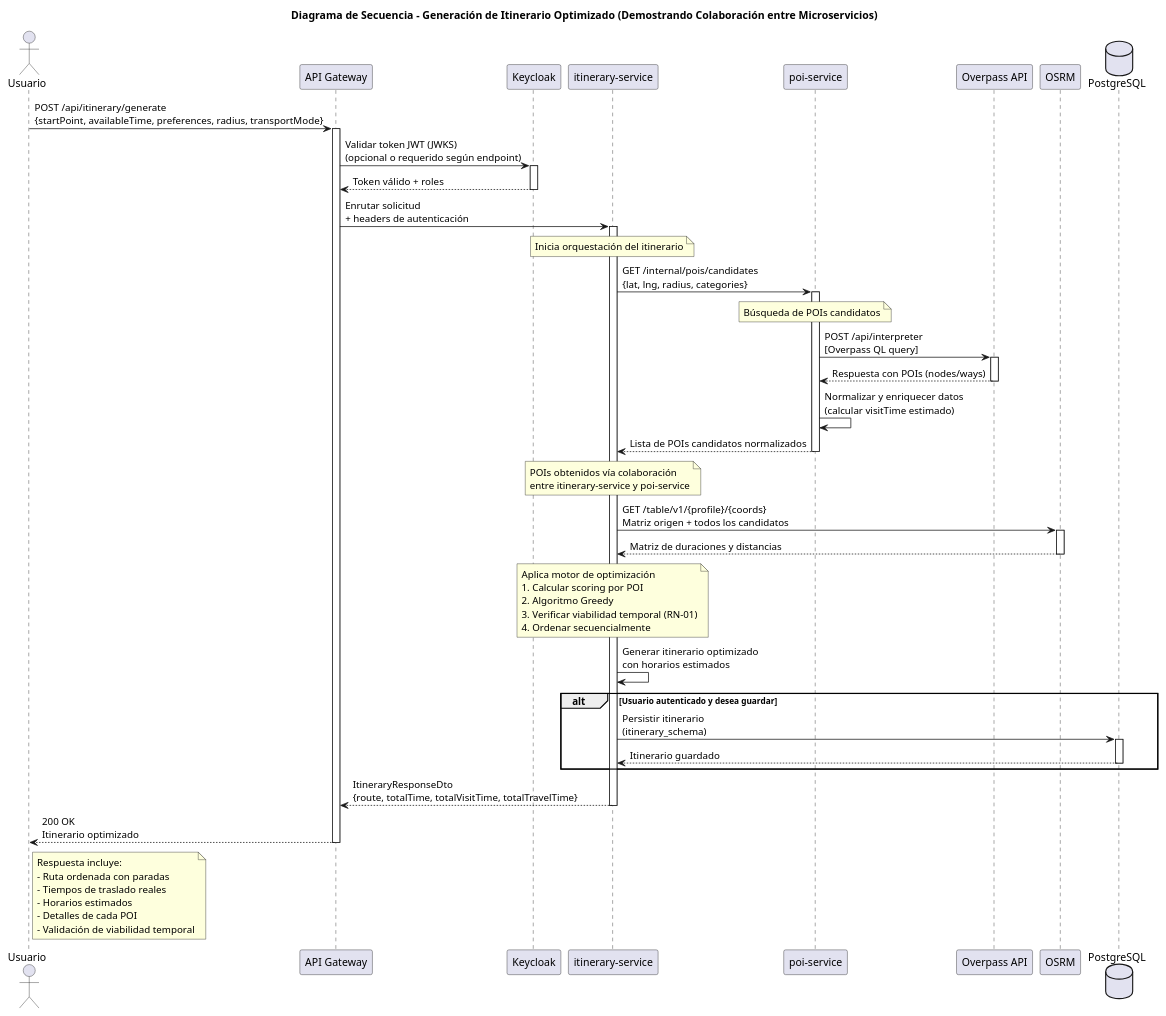
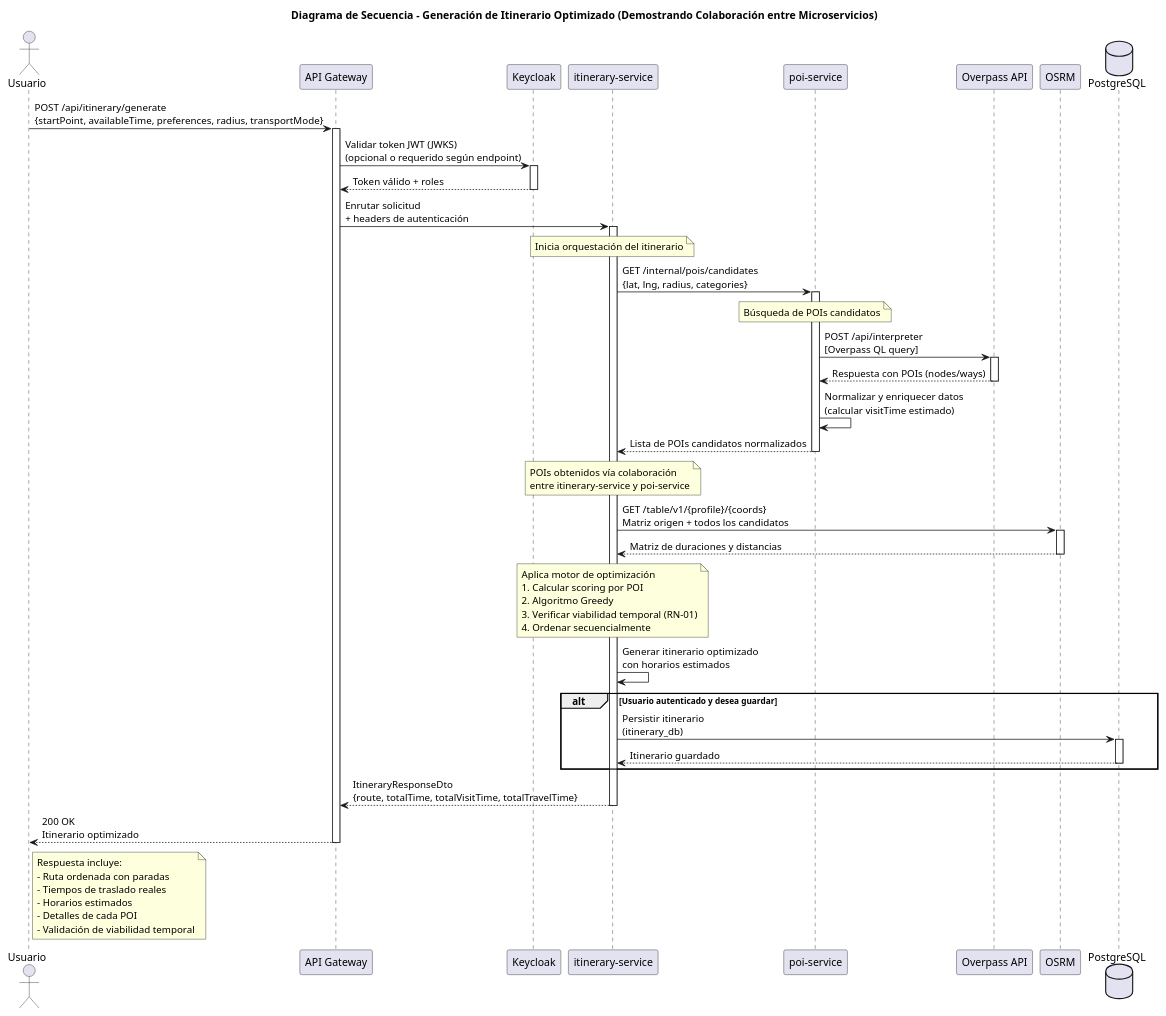
Before and after one commit to alanc-sys/Tusca: the diagram in docs/architecture/sequence-generate-itinerary.puml, drawn with PlantUML. The commit also changed 26 other files, not shown here.

```diff
--- a/docs/architecture/sequence-generate-itinerary.puml
+++ b/docs/architecture/sequence-generate-itinerary.puml
@@ -1,74 +1,74 @@
 @startuml Sequence_Generate_Itinerary
 title Diagrama de Secuencia - Generación de Itinerario Optimizado (Demostrando Colaboración entre Microservicios)
 
 actor "Usuario" as User
 participant "API Gateway" as Gateway
 participant "Keycloak" as KC
 participant "itinerary-service" as Itinerary
 participant "poi-service" as POI
 participant "Overpass API" as Overpass
 participant "OSRM" as OSRM
 database "PostgreSQL" as DB
 
 User -> Gateway: POST /api/itinerary/generate\n{startPoint, availableTime, preferences, radius, transportMode}
 activate Gateway
 
 Gateway -> KC: Validar token JWT (JWKS)\n(opcional o requerido según endpoint)
 activate KC
 KC --> Gateway: Token válido + roles
 deactivate KC
 
 Gateway -> Itinerary: Enrutar solicitud\n+ headers de autenticación
 activate Itinerary
 
 note over Itinerary: Inicia orquestación del itinerario
 
 Itinerary -> POI: GET /internal/pois/candidates\n{lat, lng, radius, categories}
 activate POI
 
 note over POI: Búsqueda de POIs candidatos
 
 POI -> Overpass: POST /api/interpreter\n[Overpass QL query]
 activate Overpass
 Overpass --> POI: Respuesta con POIs (nodes/ways)
 deactivate Overpass
 
 POI -> POI: Normalizar y enriquecer datos\n(calcular visitTime estimado)
 
 POI --> Itinerary: Lista de POIs candidatos normalizados
 deactivate POI
 
 note over Itinerary: POIs obtenidos vía colaboración\nentre itinerary-service y poi-service
 
 Itinerary -> OSRM: GET /table/v1/{profile}/{coords}\nMatriz origen + todos los candidatos
 activate OSRM
 OSRM --> Itinerary: Matriz de duraciones y distancias
 deactivate OSRM
 
 note over Itinerary: Aplica motor de optimización\n1. Calcular scoring por POI\n2. Algoritmo Greedy\n3. Verificar viabilidad temporal (RN-01)\n4. Ordenar secuencialmente
 
 Itinerary -> Itinerary: Generar itinerario optimizado\ncon horarios estimados
 
 alt Usuario autenticado y desea guardar
-  Itinerary -> DB: Persistir itinerario\n(itinerary_schema)
+  Itinerary -> DB: Persistir itinerario\n(itinerary_db)
   activate DB
   DB --> Itinerary: Itinerario guardado
   deactivate DB
 end
 
 Itinerary --> Gateway: ItineraryResponseDto\n{route, totalTime, totalVisitTime, totalTravelTime}
 deactivate Itinerary
 
 Gateway --> User: 200 OK\nItinerario optimizado
 deactivate Gateway
 
 note right of User
   Respuesta incluye:
   - Ruta ordenada con paradas
   - Tiempos de traslado reales
   - Horarios estimados
   - Detalles de cada POI
   - Validación de viabilidad temporal
 end note
 
 @enduml
```
